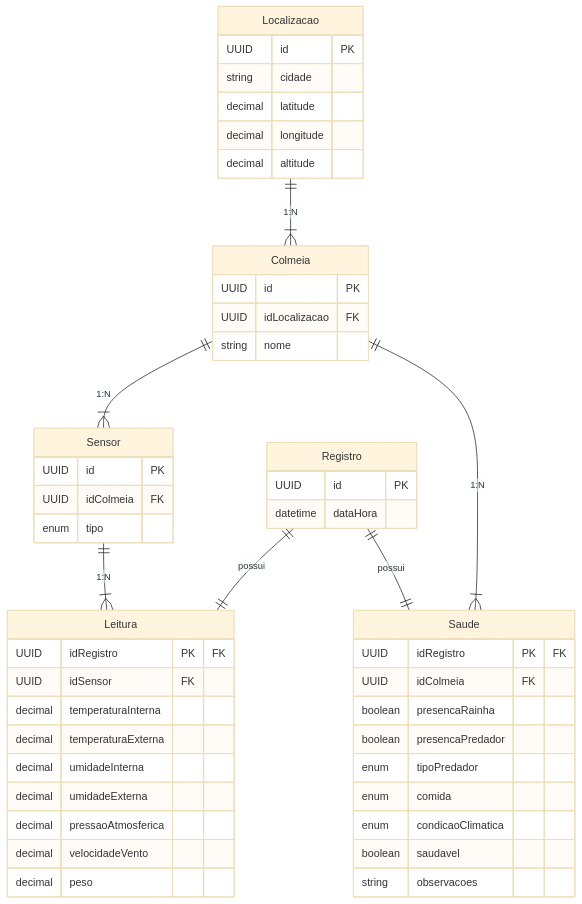
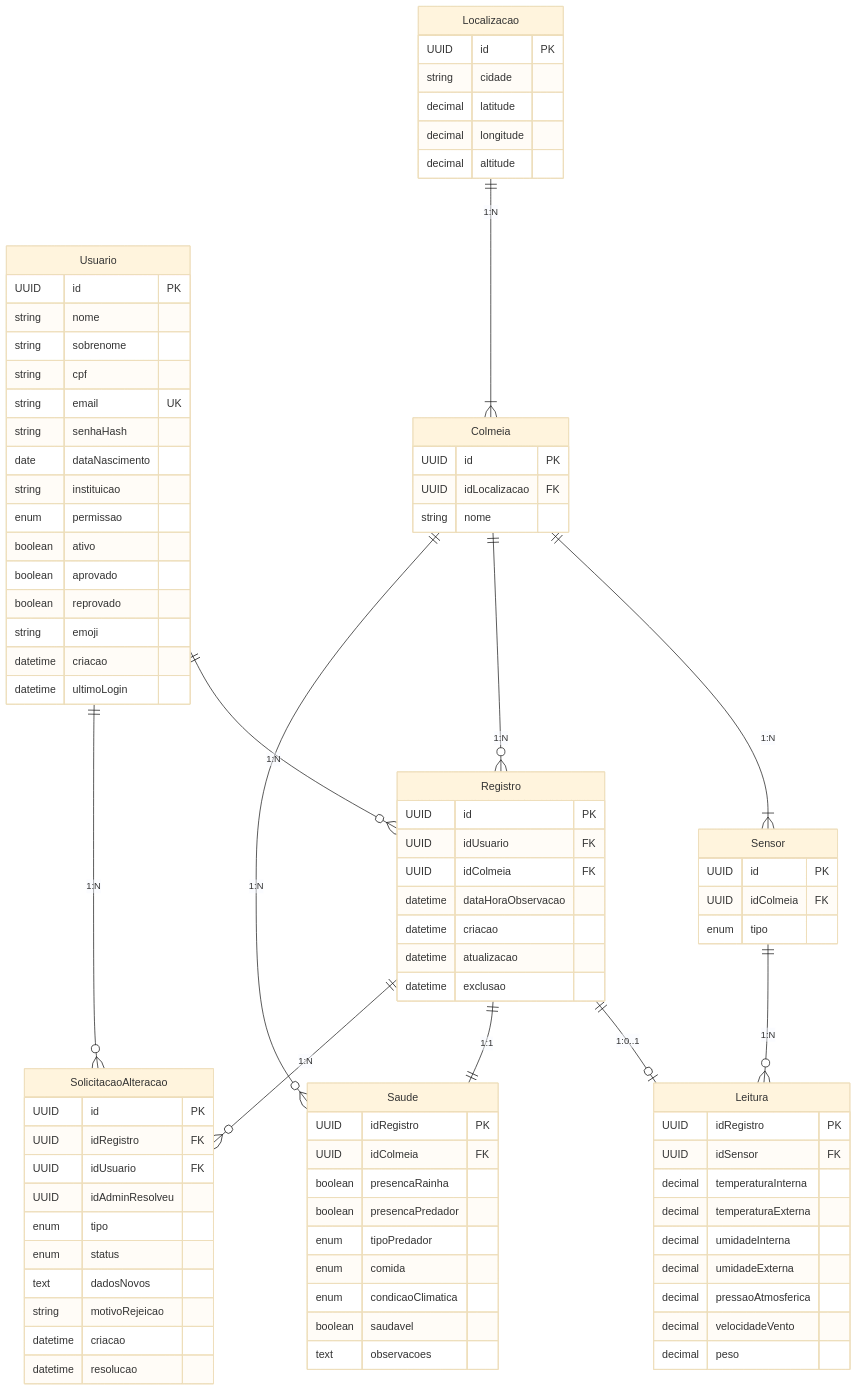
The diagram in registro-colmeia/documentacao/DiagramaMER.md (NataliaNogueira1/IniciacaoCientifica), drawn with Mermaid (base theme) before and after one commit. The commit also changed 349 other files, not shown here.

````diff
--- a/registro-colmeia/documentacao/DiagramaMER.md
+++ b/registro-colmeia/documentacao/DiagramaMER.md
@@ -1,5 +1,23 @@
 ```mermaid
 erDiagram
+
+    Usuario {
+        UUID id PK
+        string nome
+        string sobrenome
+        string cpf
+        string email UK
+        string senhaHash
+        date dataNascimento
+        string instituicao
+        enum permissao
+        boolean ativo
+        boolean aprovado
+        boolean reprovado
+        string emoji
+        datetime criacao
+        datetime ultimoLogin
+    }
 
     Localizacao {
         UUID id PK
@@ -23,11 +41,16 @@
 
     Registro {
         UUID id PK
-        datetime dataHora
+        UUID idUsuario FK
+        UUID idColmeia FK
+        datetime dataHoraObservacao
+        datetime criacao
+        datetime atualizacao
+        datetime exclusao
     }
 
     Leitura {
-        UUID idRegistro PK "FK"
+        UUID idRegistro PK
         UUID idSensor FK
         decimal temperaturaInterna
         decimal temperaturaExterna
@@ -39,7 +62,7 @@
     }
 
     Saude {
-        UUID idRegistro PK "FK"
+        UUID idRegistro PK
         UUID idColmeia FK
         boolean presencaRainha
         boolean presencaPredador
@@ -47,14 +70,30 @@
         enum comida
         enum condicaoClimatica
         boolean saudavel
-        string observacoes
+        text observacoes
+    }
+
+    SolicitacaoAlteracao {
+        UUID id PK
+        UUID idRegistro FK
+        UUID idUsuario FK
+        UUID idAdminResolveu
+        enum tipo
+        enum status
+        text dadosNovos
+        string motivoRejeicao
+        datetime criacao
+        datetime resolucao
     }
 
     Localizacao ||--|{ Colmeia : "1:N"
     Colmeia ||--|{ Sensor : "1:N"
-    Sensor ||--|{ Leitura : "1:N"
-    Colmeia ||--|{ Saude : "1:N"
-    Registro ||--|| Leitura : possui
-    Registro ||--|| Saude : possui
-
+    Usuario ||--o{ Registro : "1:N"
+    Colmeia ||--o{ Registro : "1:N"
+    Registro ||--o| Leitura : "1:0..1"
+    Registro ||--|| Saude : "1:1"
+    Sensor ||--o{ Leitura : "1:N"
+    Colmeia ||--o{ Saude : "1:N"
+    Registro ||--o{ SolicitacaoAlteracao : "1:N"
+    Usuario ||--o{ SolicitacaoAlteracao : "1:N"
 ```
````
